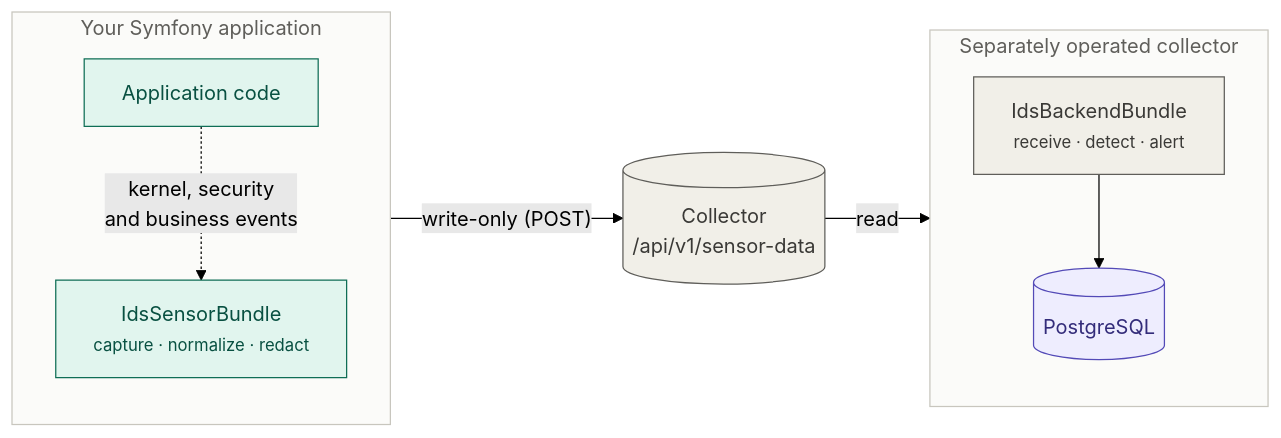
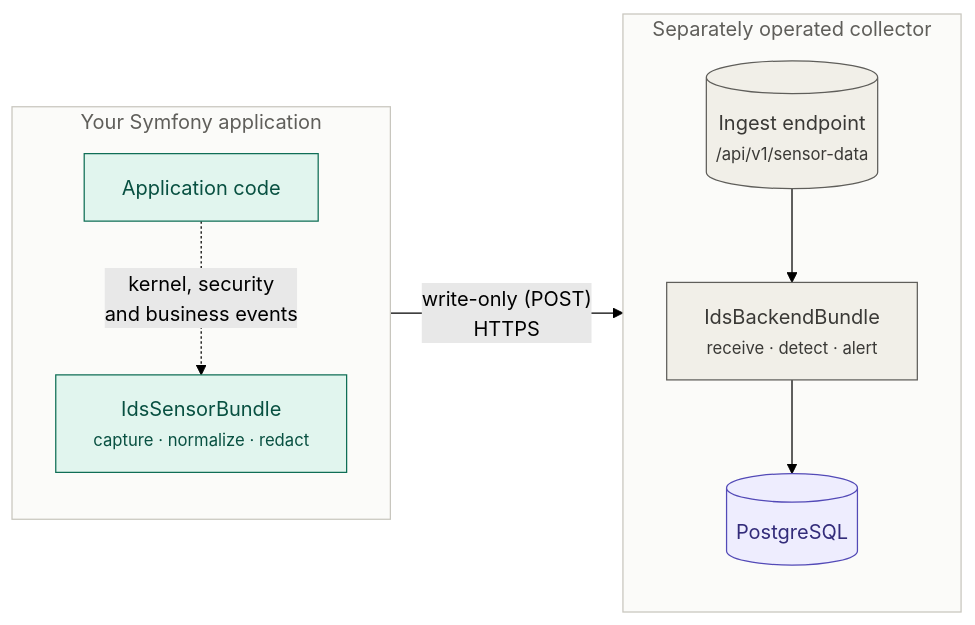
The diagram in README.md (projektmotor/ids-sensor-bundle), drawn with Mermaid (forest theme) before and after one commit. The commit also changed other lines of this file and 26 other files, not shown here.

````diff
--- a/README.md
+++ b/README.md
@@ -12,30 +12,28 @@
 ```mermaid
 flowchart LR
     subgraph app["Your Symfony application"]
         direction TB
         code["Application code"]
         sensor["IdsSensorBundle<br/><small>capture · normalize · redact</small>"]
         code -.->|"kernel, security<br/>and business events"| sensor
     end
 
-    broker[("Collector<br/>/api/v1/sensor-data")]
-
     subgraph collector["Separately operated collector"]
         direction TB
+        ingest[("Ingest endpoint<br/><small>/api/v1/sensor-data</small>")]
         consumer["IdsBackendBundle<br/><small>receive · detect · alert</small>"]
         db[("PostgreSQL")]
-        consumer --> db
+        ingest --> consumer --> db
     end
 
-    sensor -->|"write-only (POST)"| broker
-    broker -->|"read"| consumer
+    sensor -->|"write-only (POST)<br/>HTTPS"| ingest
 
     classDef capture fill:#E1F5EE,stroke:#0F6E56,color:#085041
     classDef transport fill:#F1EFE8,stroke:#5F5E5A,color:#3A3936
     classDef data fill:#EEEDFE,stroke:#534AB7,color:#332C7A
     class code,sensor capture
-    class broker,consumer transport
+    class ingest,consumer transport
     class db data
     style app fill:#FBFBF9,stroke:#C8C6BE,color:#5F5E5A
     style collector fill:#FBFBF9,stroke:#C8C6BE,color:#5F5E5A
 ```
````
